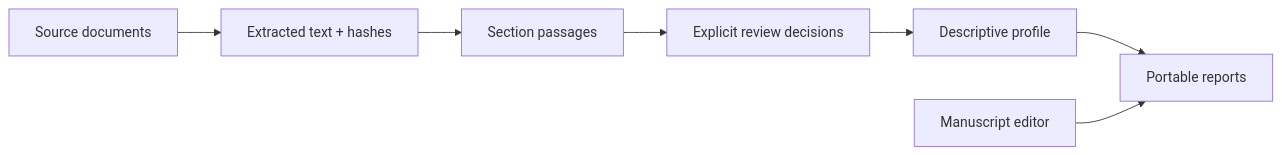
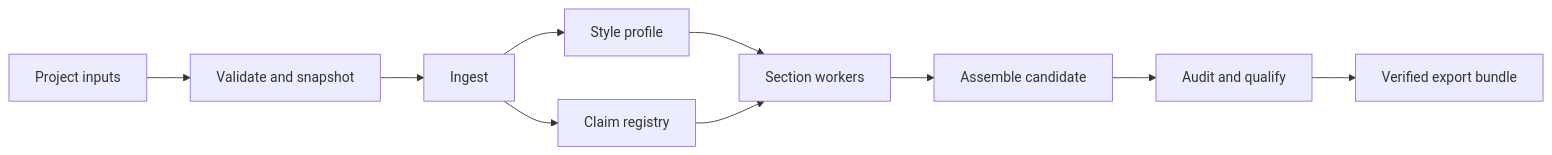
The diagram in README.md (ericrosenn1/manuscriptforge), drawn with Mermaid before and after one commit. The commit also changed other lines of this file and 126 other files, not shown here.

````diff
--- a/README.md
+++ b/README.md
@@ -76,9 +23,12 @@
 ```mermaid
 flowchart LR
-    A[Source documents] --> B[Extracted text + hashes]
-    B --> C[Section passages]
-    C --> D[Explicit review decisions]
-    D --> E[Descriptive profile]
-    E --> F[Portable reports]
-    G[Manuscript editor] --> F
+    I[Project inputs] --> V[Validate and snapshot]
+    V --> N[Ingest]
+    N --> P[Style profile]
+    N --> C[Claim registry]
+    P --> S[Section workers]
+    C --> S
+    S --> A[Assemble candidate]
+    A --> Q[Audit and qualify]
+    Q --> E[Verified export bundle]
 ```
````
